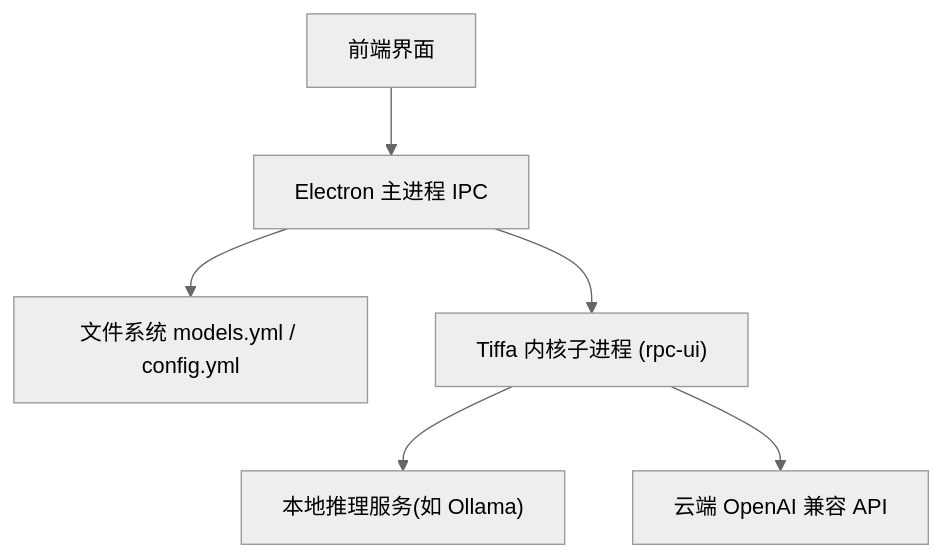
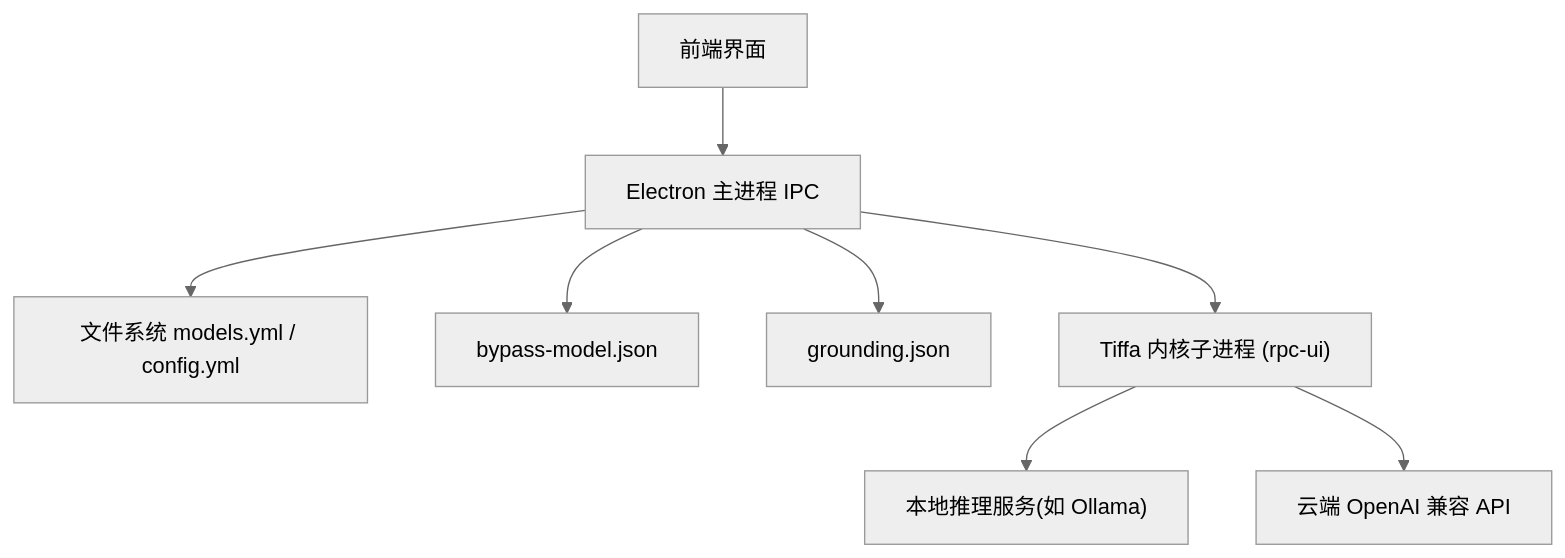
The first of 6 diagrams in .qoder/repowiki/zh/content/模型管理.md (swond-Mao/Tiffa), drawn with Mermaid (neutral theme) before and after one commit. The commit also changed other lines of this file and 25 other files, not shown here.

````diff
--- a/.qoder/repowiki/zh/content/模型管理.md
+++ b/.qoder/repowiki/zh/content/模型管理.md
@@ -37,8 +50,10 @@
 ```mermaid
 graph TB
 UI["前端界面"] --> IPC["Electron 主进程 IPC"]
 IPC --> FS_YAML["文件系统 models.yml / config.yml"]
+IPC --> Bypass["bypass-model.json"]
+IPC --> Grounding["grounding.json"]
 IPC --> CLI["Tiffa 内核子进程 (rpc-ui)"]
 CLI --> Local["本地推理服务(如 Ollama)"]
 CLI --> Cloud["云端 OpenAI 兼容 API"]
 ```
````
